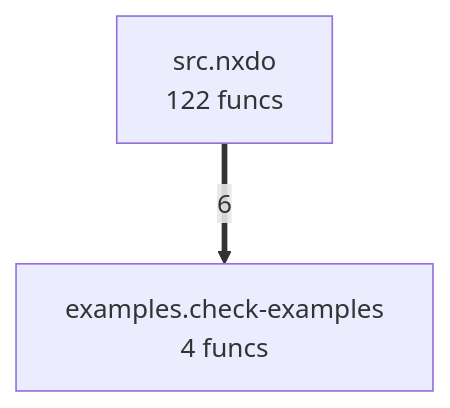
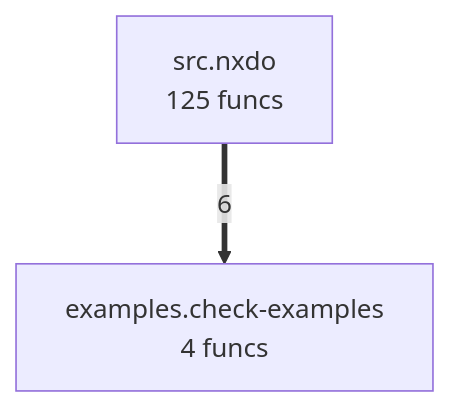
Before and after one commit to semcod/nxdo: the diagram in project/compact_flow.mmd, drawn with Mermaid. The commit also changed 17 other files, not shown here.

```diff
--- a/project/compact_flow.mmd
+++ b/project/compact_flow.mmd
@@ -1,5 +1,5 @@
 flowchart TD
 %% generated in 0.00s
     examples__check_examples["examples.check-examples<br/>4 funcs"]
-    src__nxdo["src.nxdo<br/>122 funcs"]
+    src__nxdo["src.nxdo<br/>125 funcs"]
     src__nxdo ==>|6| examples__check_examples
```
